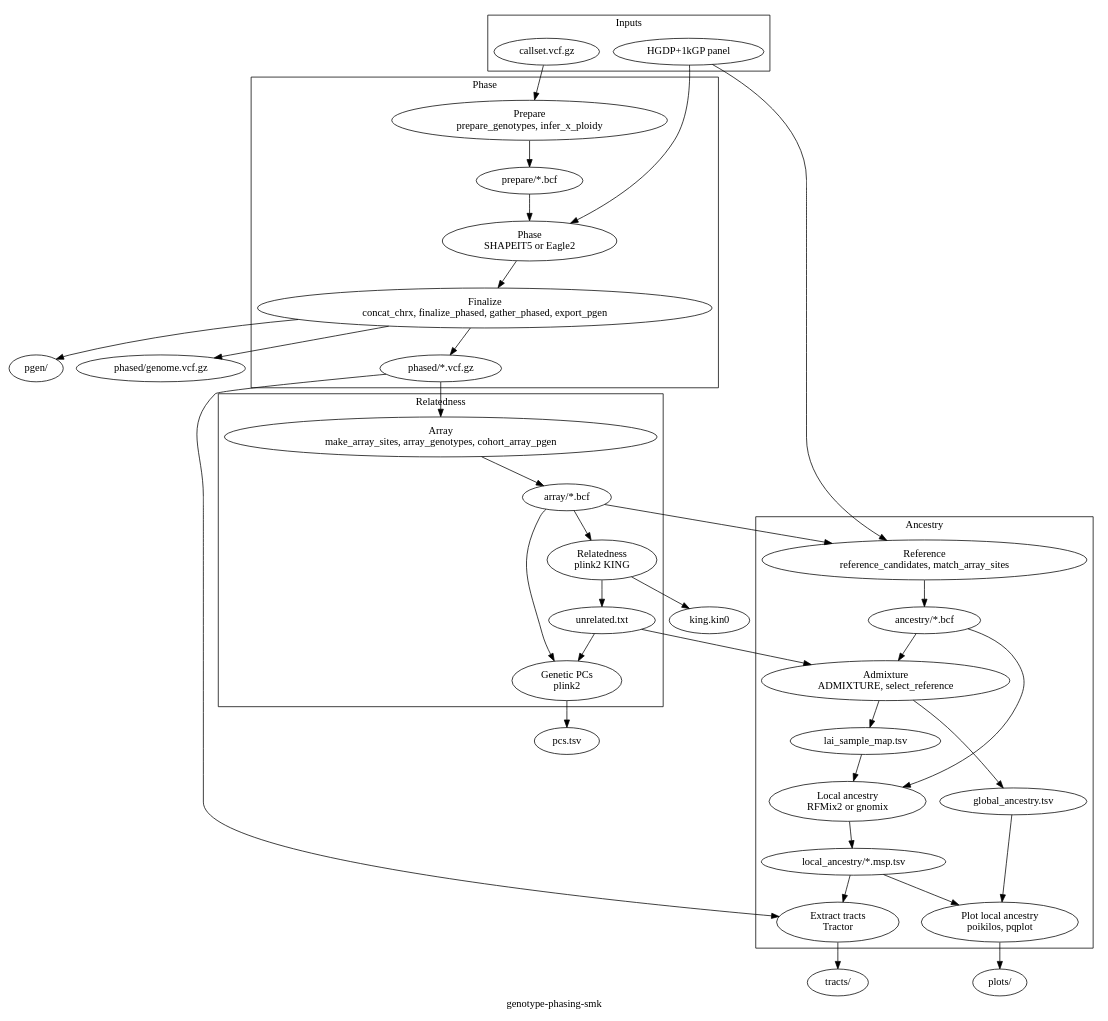
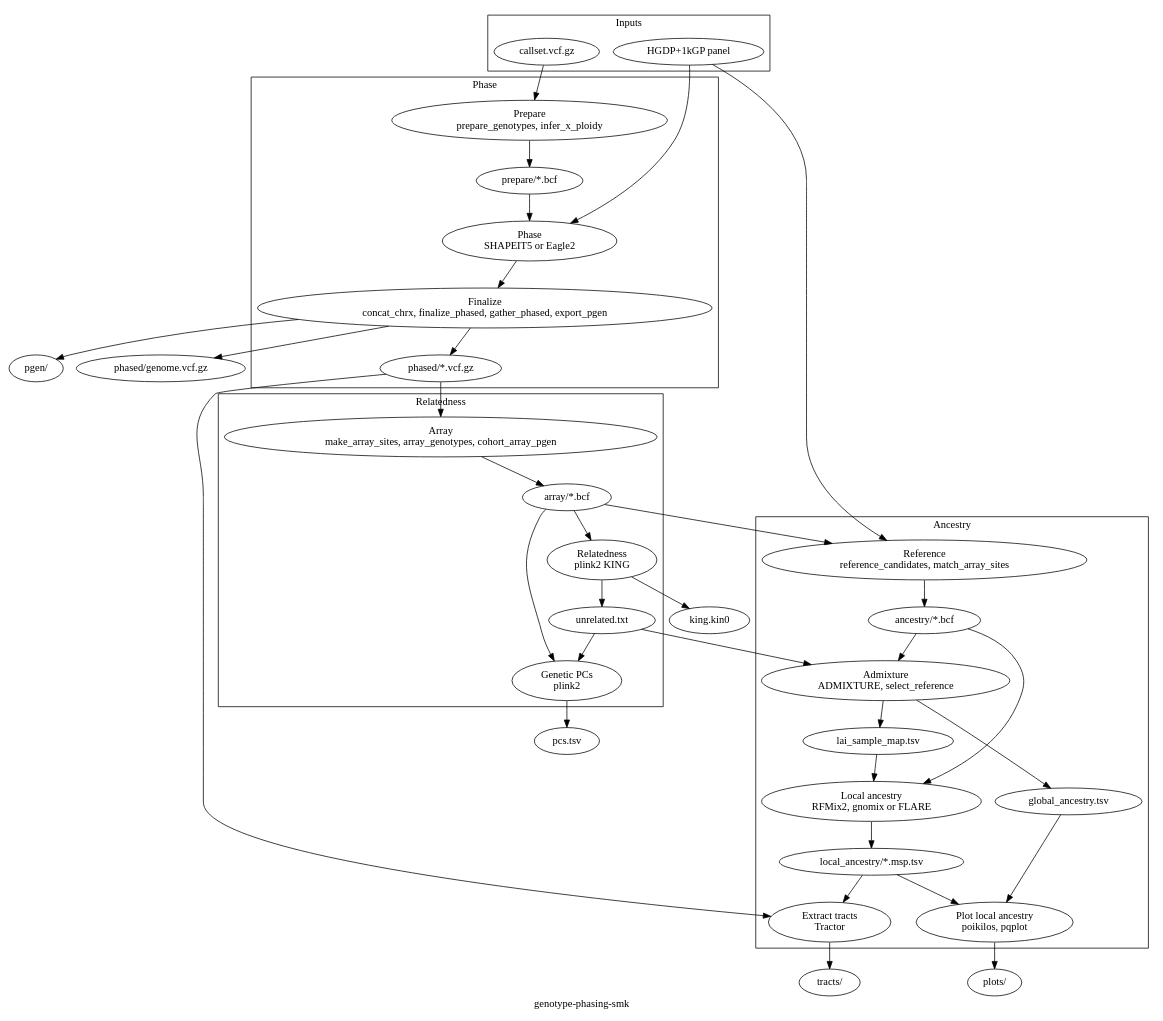
The diagram in docs/workflow-condensed.gv (ramirc0/genotype-phasing-smk), drawn with Graphviz before and after one commit. The commit also changed 19 other files, not shown here.

Commit message:
Add FLARE as a local ancestry tool

```diff
--- a/docs/workflow-condensed.gv
+++ b/docs/workflow-condensed.gv
@@ -1,81 +1,81 @@
 // genotype-phasing-smk stages, with related rules merged. workflow.gv has every rule.
 // Render: just -f ~/.claude/skills/graphviz-dot-theme/justfile render workflow-condensed.gv snakemake {TB,LR} {png,svg} files
 digraph workflow {
   label = "genotype-phasing-smk"
 
   subgraph cluster_inputs {
     label = "Inputs"
     callset [class = data, label = "callset.vcf.gz"]
     panel   [class = data, label = "HGDP+1kGP panel"]
   }
 
   subgraph cluster_phase {
     label = "Phase"
     prepare  [class = step, label = "Prepare\nprepare_genotypes, infer_x_ploidy"]
     phase    [class = step, label = "Phase\nSHAPEIT5 or Eagle2"]
     finalize [class = step, label = "Finalize\nconcat_chrx, finalize_phased, gather_phased, export_pgen"]
     prepared [class = data, label = "prepare/*.bcf"]
     phased   [class = data, label = "phased/*.vcf.gz"]
   }
 
   subgraph cluster_relatedness {
     label = "Relatedness"
     array       [class = step, label = "Array\nmake_array_sites, array_genotypes, cohort_array_pgen"]
     relatedness [class = step, label = "Relatedness\nplink2 KING"]
     pcs         [class = step, label = "Genetic PCs\nplink2"]
     array_bcf   [class = data, label = "array/*.bcf"]
     unrelated   [class = data, label = "unrelated.txt"]
   }
 
   subgraph cluster_ancestry {
     label = "Ancestry"
     reference      [class = step, label = "Reference\nreference_candidates, match_array_sites"]
     admixture      [class = step, label = "Admixture\nADMIXTURE, select_reference"]
-    local_ancestry [class = step, label = "Local ancestry\nRFMix2 or gnomix"]
+    local_ancestry [class = step, label = "Local ancestry\nRFMix2, gnomix or FLARE"]
     tracts         [class = step, label = "Extract tracts\nTractor"]
     plot           [class = step, label = "Plot local ancestry\npoikilos, pqplot"]
     matched        [class = data, label = "ancestry/*.bcf"]
     sample_map     [class = data, label = "lai_sample_map.tsv"]
     msp            [class = data, label = "local_ancestry/*.msp.tsv"]
     global         [class = data, label = "global_ancestry.tsv"]
   }
 
   pgen       [class = result, label = "pgen/"]
   genome_vcf [class = result, label = "phased/genome.vcf.gz"]
   kin0       [class = result, label = "king.kin0"]
   pcs_tsv    [class = result, label = "pcs.tsv"]
   tract_txt  [class = result, label = "tracts/"]
   plots      [class = result, label = "plots/"]
 
   callset -> prepare -> prepared
   prepared -> phase
   panel -> phase
   phase -> finalize -> phased
   finalize -> pgen
   finalize -> genome_vcf
 
   phased -> array -> array_bcf
   array_bcf -> relatedness
   relatedness -> unrelated
   relatedness -> kin0
   unrelated -> pcs
   array_bcf -> pcs
   pcs -> pcs_tsv
 
   array_bcf -> reference
   panel -> reference
   reference -> matched
   matched -> admixture
   unrelated -> admixture
   admixture -> sample_map
   admixture -> global
   global -> plot
   matched -> local_ancestry
   sample_map -> local_ancestry
   local_ancestry -> msp
   phased -> tracts
   msp -> tracts
   tracts -> tract_txt
   msp -> plot
   plot -> plots
 }
```
